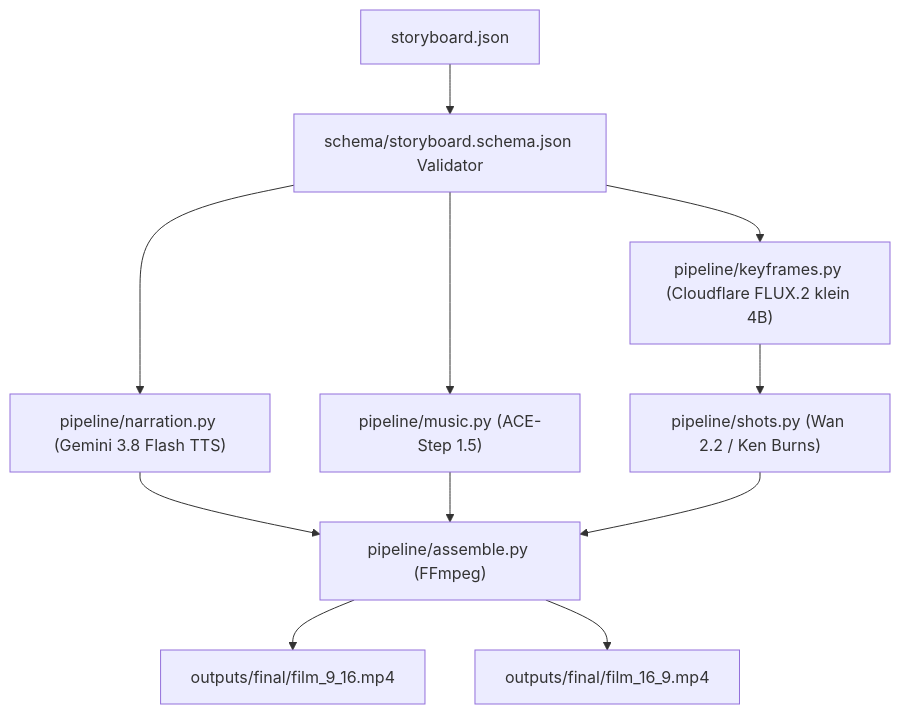
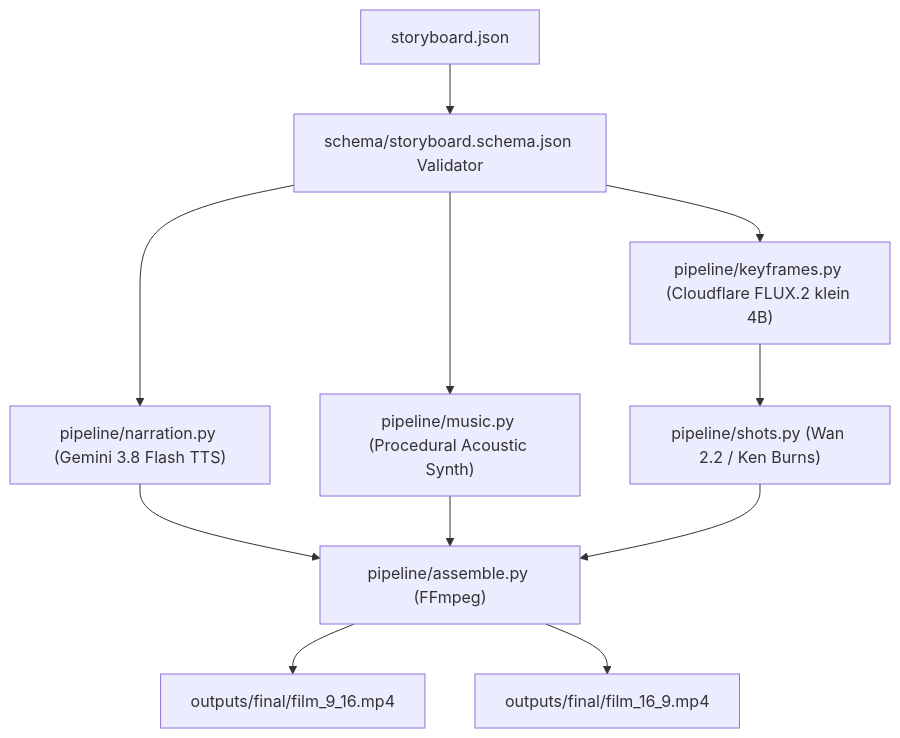
The diagram in ARCHITECTURE.md (Seife1/trp2w0-heritage-short), drawn with Mermaid before and after one commit. The commit also changed other lines of this file and 8 other files, not shown here.

````diff
--- a/ARCHITECTURE.md
+++ b/ARCHITECTURE.md
@@ -6,13 +6,13 @@
 ```mermaid
 flowchart TD
     Contract["storyboard.json"] --> Validate["schema/storyboard.schema.json Validator"]
     Validate --> Narration["pipeline/narration.py (Gemini 3.8 Flash TTS)"]
     Validate --> Keyframes["pipeline/keyframes.py (Cloudflare FLUX.2 klein 4B)"]
-    Validate --> Music["pipeline/music.py (ACE-Step 1.5)"]
+    Validate --> Music["pipeline/music.py (Procedural Acoustic Synth)"]
     Keyframes --> Shots["pipeline/shots.py (Wan 2.2 / Ken Burns)"]
     Narration --> Assembly["pipeline/assemble.py (FFmpeg)"]
     Music --> Assembly
     Shots --> Assembly
     Assembly --> MasterVertical["outputs/final/film_9_16.mp4"]
     Assembly --> MasterHorizontal["outputs/final/film_16_9.mp4"]
 ```
````
